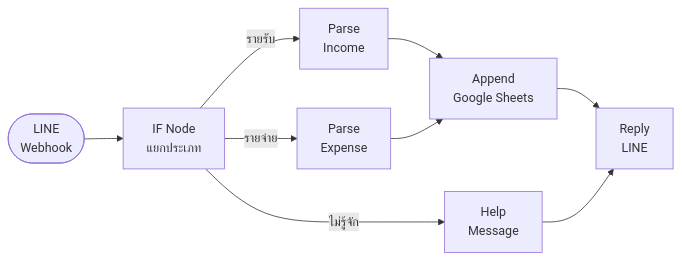
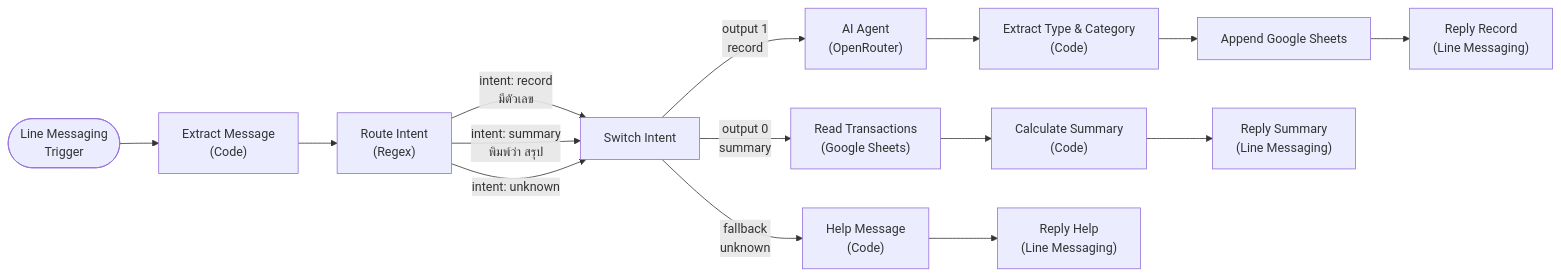
Before and after one commit to Sayhighz/personal-accounting: the second of 6 diagrams in README.md, drawn with Mermaid. The commit also changed other lines of this file and 1 other file, not shown here.

First line of the commit message:
feat: add n8n workflow with LLM categorization and summary feature

````diff
--- a/README.md
+++ b/README.md
@@ -65,13 +66,21 @@
 ```mermaid
 flowchart LR
-    A(["LINE\nWebhook"]) --> B["IF Node\nแยกประเภท"]
+    A(["Line Messaging\nTrigger"]) --> B["Extract Message\n(Code)"]
+    B --> C["Route Intent\n(Regex)"]
 
-    B -- "รายรับ" --> C1["Parse\nIncome"]
-    B -- "รายจ่าย" --> C2["Parse\nExpense"]
-    B -- "ไม่รู้จัก" --> C3["Help\nMessage"]
+    C -- "intent: record\nมีตัวเลข" --> D["Switch Intent"]
+    C -- "intent: summary\nพิมพ์ว่า สรุป" --> D
+    C -- "intent: unknown" --> D
 
-    C1 --> D["Append\nGoogle Sheets"]
-    C2 --> D
-    D --> E["Reply\nLINE"]
-    C3 --> E
+    D -- "output 0\nsummary" --> E["Read Transactions\n(Google Sheets)"]
+    D -- "output 1\nrecord" --> F["AI Agent\n(OpenRouter)"]
+    D -- "fallback\nunknown" --> G["Help Message\n(Code)"]
+
+    E --> H["Calculate Summary\n(Code)"]
+    F --> I["Extract Type & Category\n(Code)"]
+    I --> J["Append Google Sheets"]
+
+    H --> K["Reply Summary\n(Line Messaging)"]
+    J --> L["Reply Record\n(Line Messaging)"]
+    G --> M["Reply Help\n(Line Messaging)"]
 ```
````
